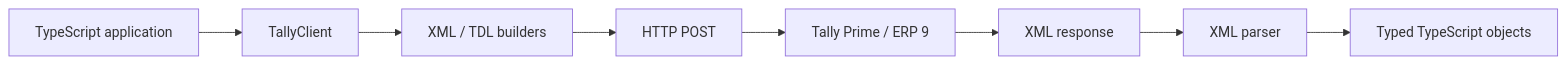
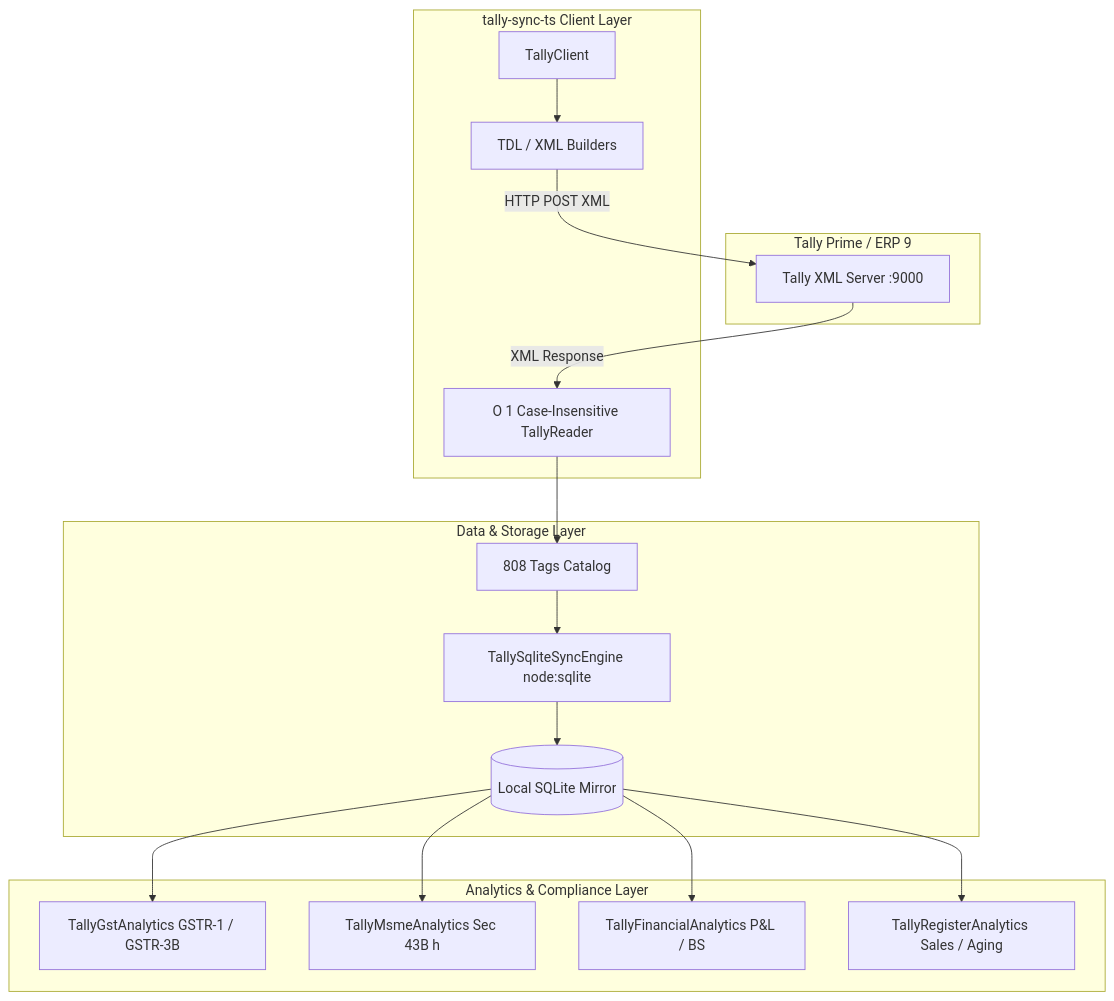
One commit to GreenHacker420/tally-sync-ts changed the diagram in README.md. Above: the diagram before and after it, drawn with Mermaid. The commit also changed other lines of this file and 19 other files, not shown here.

Commit message:
feat: add SQLite sync engine, statutory analytics modules, and comprehensive test suites

````diff
--- a/README.md
+++ b/README.md
@@ -34,10 +45,34 @@
 ```mermaid
-flowchart LR
-    A[TypeScript application] --> B[TallyClient]
-    B --> C[XML / TDL builders]
-    C --> D[HTTP POST]
-    D --> E[Tally Prime / ERP 9]
-    E --> F[XML response]
-    F --> G[XML parser]
-    G --> H[Typed TypeScript objects]
+flowchart TD
+    subgraph Tally Prime / ERP 9
+        TP[Tally XML Server :9000]
+    end
+
+    subgraph tally-sync-ts Client Layer
+        TC[TallyClient]
+        TB[TDL / XML Builders]
+        TPRS[O 1 Case-Insensitive TallyReader]
+        TC --> TB
+        TB -->|HTTP POST XML| TP
+        TP -->|XML Response| TPRS
+    end
+
+    subgraph Data & Storage Layer
+        CAT[808 Tags Catalog]
+        ENG[TallySqliteSyncEngine node:sqlite]
+        TPRS --> CAT
+        CAT --> ENG
+        ENG --> DB[(Local SQLite Mirror)]
+    end
+
+    subgraph Analytics & Compliance Layer
+        GST[TallyGstAnalytics GSTR-1 / GSTR-3B]
+        MSME[TallyMsmeAnalytics Sec 43B h]
+        FIN[TallyFinancialAnalytics P&L / BS]
+        REG[TallyRegisterAnalytics Sales / Aging]
+        DB --> GST
+        DB --> MSME
+        DB --> FIN
+        DB --> REG
+    end
 ```
````
